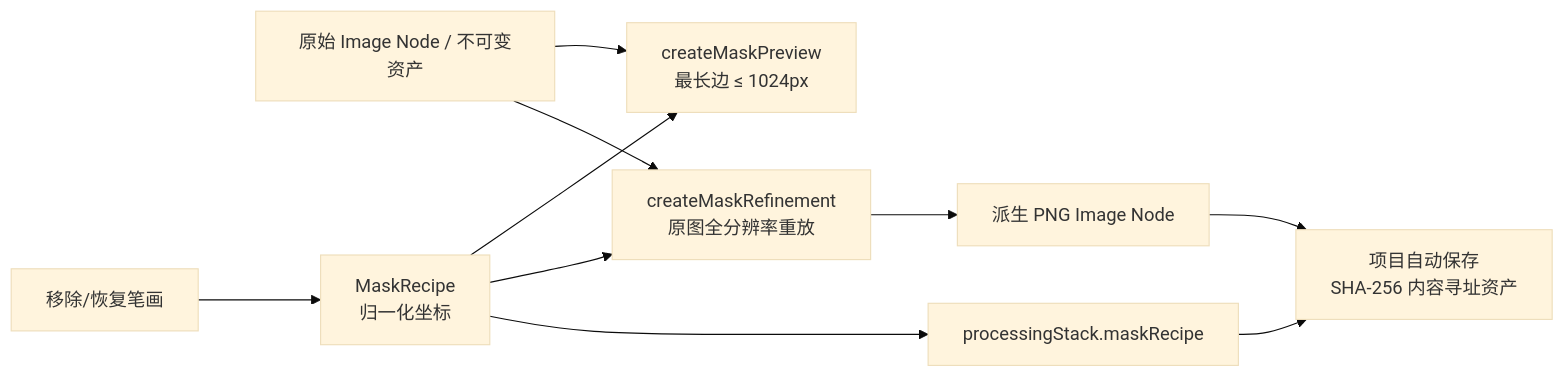
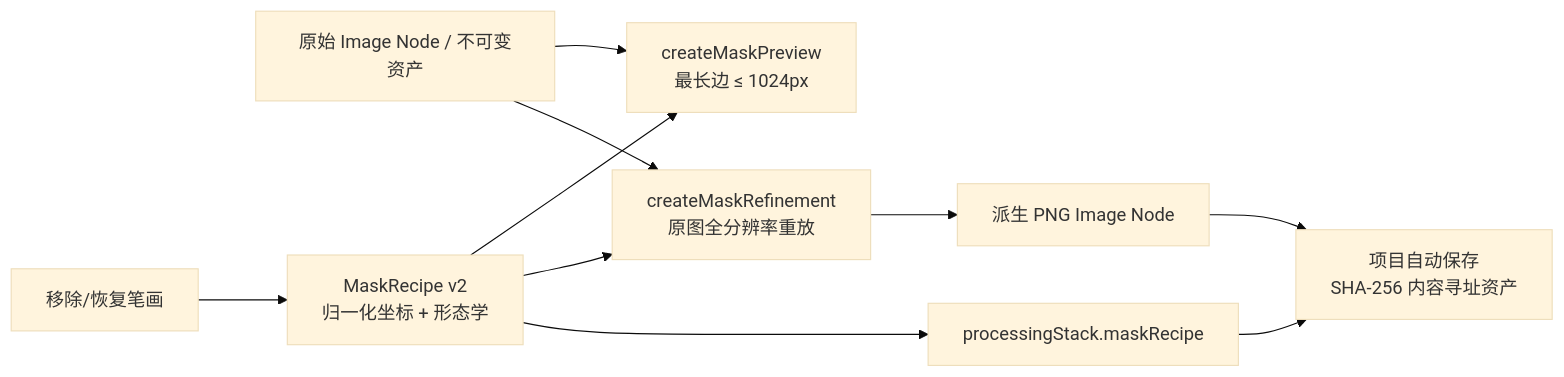
The first of 4 diagrams in doc/01-子文档/14-图像算法基准与蒙版工作流.md (falling-feather/AeonQuill), drawn with Mermaid (base theme) before and after one commit. The commit also changed other lines of this file and 26 other files, not shown here.

````diff
--- a/doc/01-子文档/14-图像算法基准与蒙版工作流.md
+++ b/doc/01-子文档/14-图像算法基准与蒙版工作流.md
@@ -50,12 +50,12 @@
 ```mermaid
 flowchart LR
     S["原始 Image Node / 不可变资产"] --> P["createMaskPreview\n最长边 ≤ 1024px"]
-    U["移除/恢复笔画"] --> R["MaskRecipe\n归一化坐标"]
+    U["移除/恢复笔画"] --> R["MaskRecipe v2\n归一化坐标 + 形态学"]
     R --> P
     R --> F["createMaskRefinement\n原图全分辨率重放"]
     S --> F
     F --> D["派生 PNG Image Node"]
     D --> A["项目自动保存\nSHA-256 内容寻址资产"]
     R --> T["processingStack.maskRecipe"]
     T --> A
 ```
````
